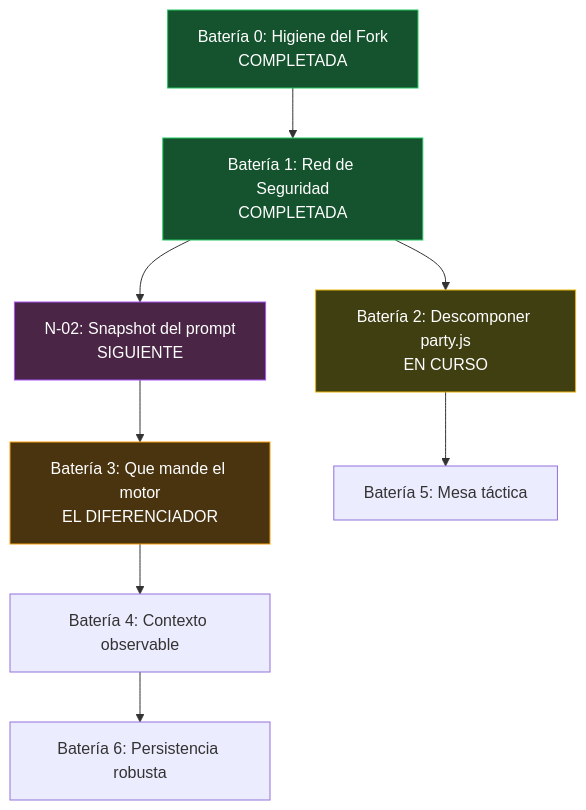
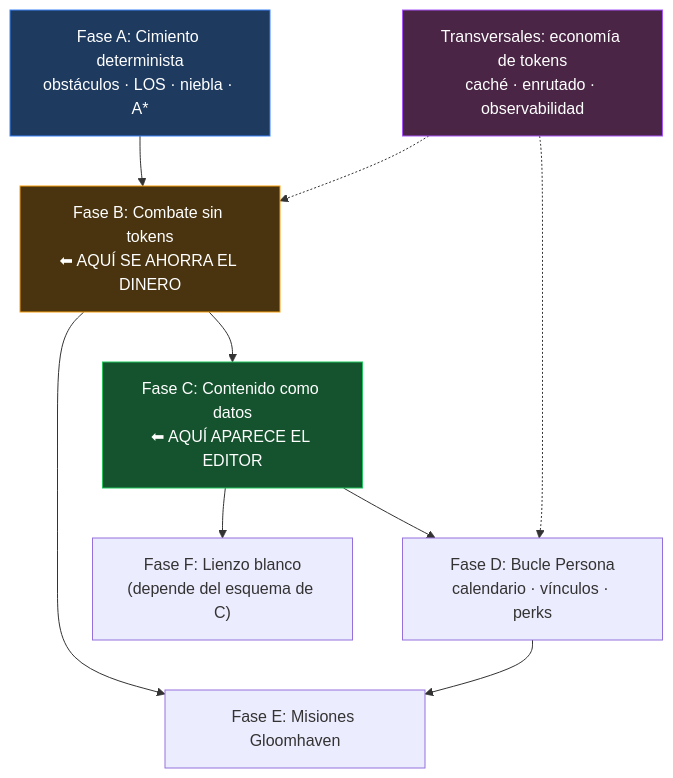
Before and after one commit to danieljhesseling/SillyTavern: the second of 2 diagrams in wiki/ROADMAP.md, drawn with Mermaid. The commit also changed other lines of this file and 38 other files, not shown here.

````diff
--- a/wiki/ROADMAP.md
+++ b/wiki/ROADMAP.md
@@ -262,16 +346,17 @@
 ```mermaid
 graph TD
-    B0[Batería 0: Higiene del Fork<br/>COMPLETADA] --> B1[Batería 1: Red de Seguridad<br/>COMPLETADA]
-    B1 --> N02[N-02: Snapshot del prompt<br/>SIGUIENTE]
-    N02 --> B3[Batería 3: Que mande el motor<br/>EL DIFERENCIADOR]
-    B1 --> B2[Batería 2: Descomponer party.js<br/>EN CURSO]
-    B3 --> B4[Batería 4: Contexto observable]
-    B2 --> B5[Batería 5: Mesa táctica]
-    B4 --> B6[Batería 6: Persistencia robusta]
+    A["Fase A: Cimiento determinista<br/>obstáculos · LOS · niebla · A*"] --> B["Fase B: Combate sin tokens<br/>⬅ AQUÍ SE AHORRA EL DINERO"]
+    B --> C["Fase C: Contenido como datos<br/>⬅ AQUÍ APARECE EL EDITOR"]
+    C --> D["Fase D: Bucle Persona<br/>calendario · vínculos · perks"]
+    C --> F["Fase F: Lienzo blanco<br/>(depende del esquema de C)"]
+    B --> E["Fase E: Misiones Gloomhaven"]
+    D --> E
 
-    style B0 fill:#14532d,stroke:#22c55e,color:#fff
-    style B1 fill:#14532d,stroke:#22c55e,color:#fff
-    style B2 fill:#3f3f12,stroke:#eab308,color:#fff
-    style N02 fill:#4a2545,stroke:#a855f7,color:#fff
-    style B3 fill:#4a3410,stroke:#f59e0b,color:#fff
+    T["Transversales: economía de tokens<br/>caché · enrutado · observabilidad"] -.-> B
+    T -.-> D
+
+    style A fill:#1e3a5f,stroke:#3b82f6,color:#fff
+    style B fill:#4a3410,stroke:#f59e0b,color:#fff
+    style C fill:#14532d,stroke:#22c55e,color:#fff
+    style T fill:#4a2545,stroke:#a855f7,color:#fff
 ```
````
